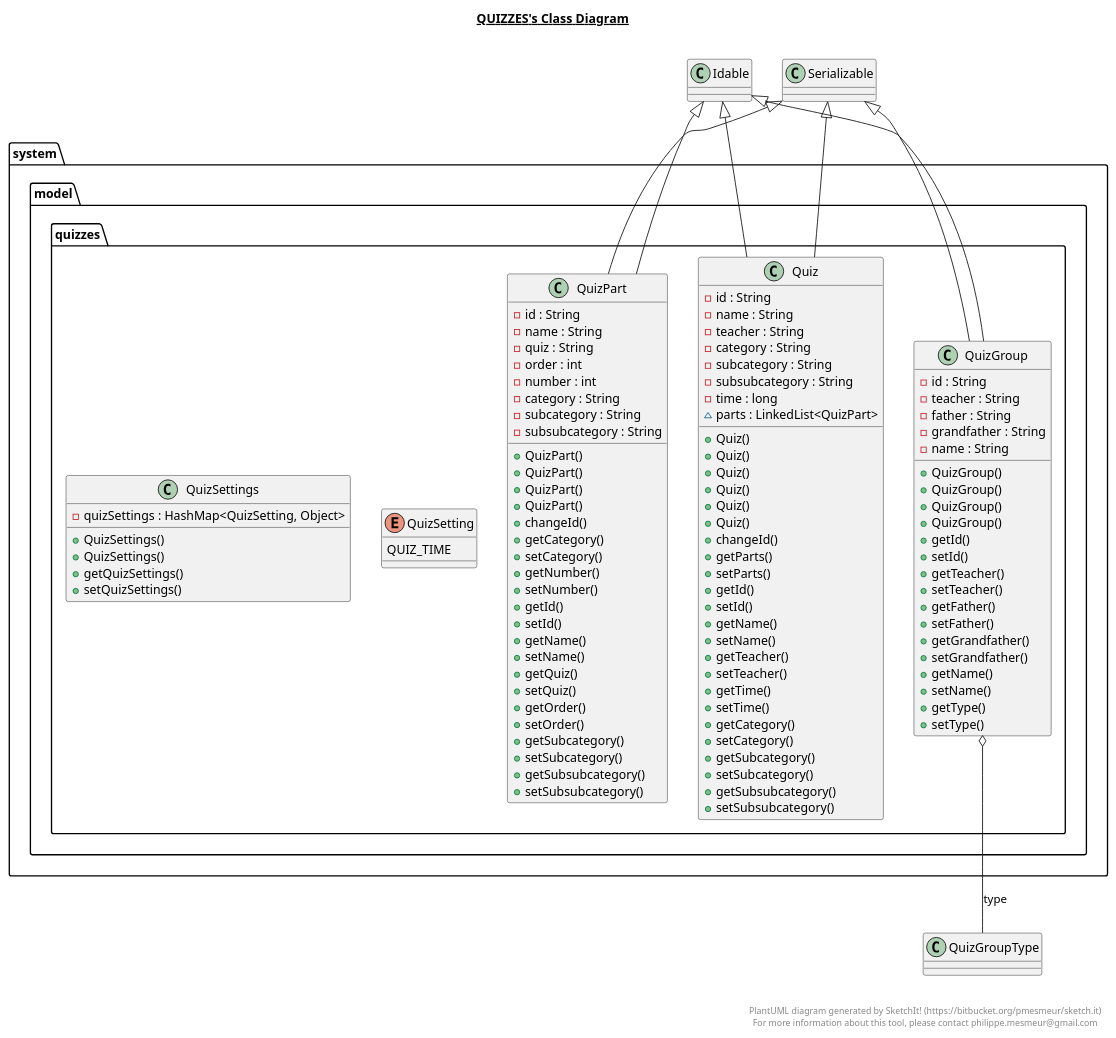
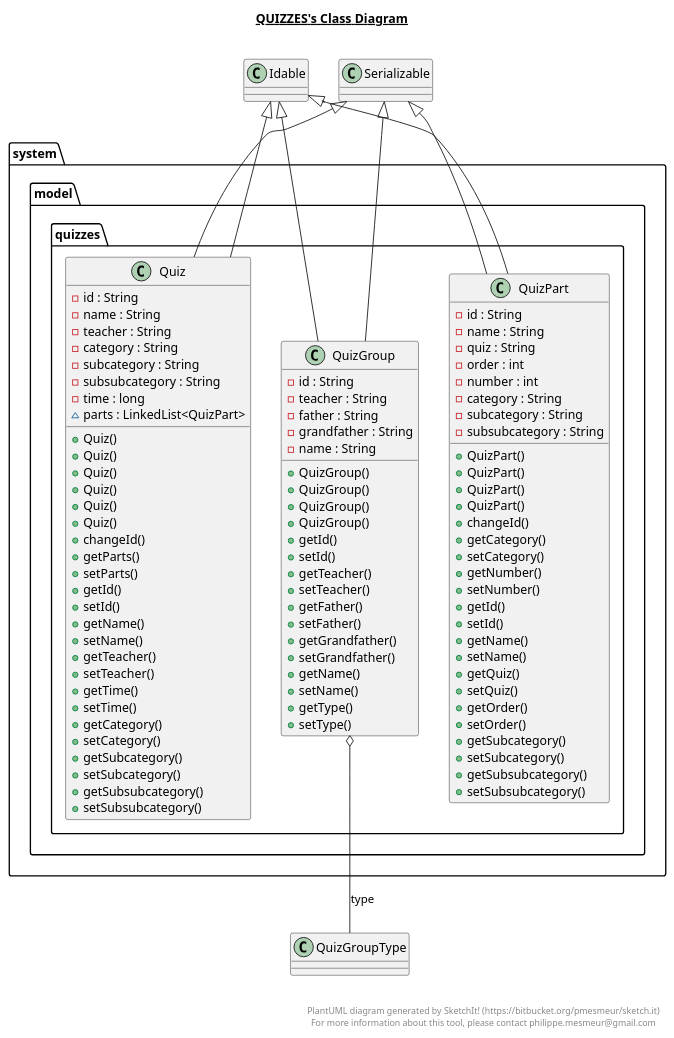
Before and after one commit to berl-a/DiplomaBackend: the diagram in src/main/java/system/model/quizzes/quizzes.plantuml, drawn with PlantUML. The commit also changed 601 other files, not shown here.

```diff
--- a/src/main/java/system/model/quizzes/quizzes.plantuml
+++ b/src/main/java/system/model/quizzes/quizzes.plantuml
@@ -1,148 +1,126 @@
 @startuml
 
 title __QUIZZES's Class Diagram__\n
 
   package system.model {
     package system.model.quizzes {
       class Quiz {
           - id : String
           - name : String
           - teacher : String
           - category : String
           - subcategory : String
           - subsubcategory : String
           - time : long
           ~ parts : LinkedList<QuizPart>
           + Quiz()
           + Quiz()
           + Quiz()
           + Quiz()
           + Quiz()
           + Quiz()
           + changeId()
           + getParts()
           + setParts()
           + getId()
           + setId()
           + getName()
           + setName()
           + getTeacher()
           + setTeacher()
           + getTime()
           + setTime()
           + getCategory()
           + setCategory()
           + getSubcategory()
           + setSubcategory()
           + getSubsubcategory()
           + setSubsubcategory()
       }
     }
   }
   
 
   package system.model {
     package system.model.quizzes {
       class QuizGroup {
           - id : String
           - teacher : String
           - father : String
           - grandfather : String
           - name : String
           + QuizGroup()
           + QuizGroup()
           + QuizGroup()
           + QuizGroup()
           + getId()
           + setId()
           + getTeacher()
           + setTeacher()
           + getFather()
           + setFather()
           + getGrandfather()
           + setGrandfather()
           + getName()
           + setName()
           + getType()
           + setType()
       }
     }
   }
   
 
   package system.model {
     package system.model.quizzes {
       class QuizPart {
           - id : String
           - name : String
           - quiz : String
           - order : int
           - number : int
           - category : String
           - subcategory : String
           - subsubcategory : String
           + QuizPart()
           + QuizPart()
           + QuizPart()
           + QuizPart()
           + changeId()
           + getCategory()
           + setCategory()
           + getNumber()
           + setNumber()
           + getId()
           + setId()
           + getName()
           + setName()
           + getQuiz()
           + setQuiz()
           + getOrder()
           + setOrder()
           + getSubcategory()
           + setSubcategory()
           + getSubsubcategory()
           + setSubsubcategory()
       }
     }
   }
   
 
-  package system.model {
-    package system.model.quizzes {
-      enum QuizSetting {
-        QUIZ_TIME
-      }
-    }
-  }
-  
-
-  package system.model {
-    package system.model.quizzes {
-      class QuizSettings {
-          - quizSettings : HashMap<QuizSetting, Object>
-          + QuizSettings()
-          + QuizSettings()
-          + getQuizSettings()
-          + setQuizSettings()
-      }
-    }
-  }
-  
-
   Quiz -up-|> Serializable
   Quiz -up-|> Idable
   QuizGroup -up-|> Serializable
   QuizGroup -up-|> Idable
   QuizGroup o-- QuizGroupType : type
   QuizPart -up-|> Serializable
   QuizPart -up-|> Idable
 
 
 right footer
 
 
 PlantUML diagram generated by SketchIt! (https://bitbucket.org/pmesmeur/sketch.it)
 For more information about this tool, please contact philippe.mesmeur@gmail.com
 endfooter
 
 @enduml
```
